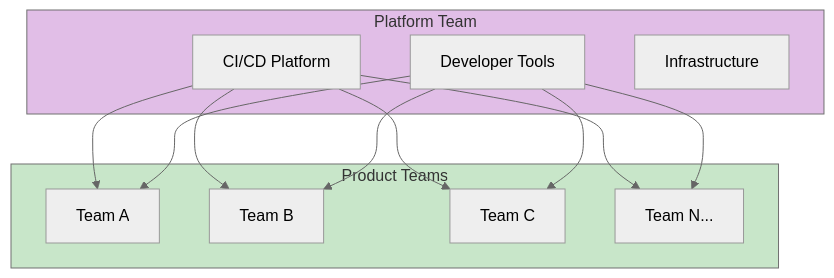
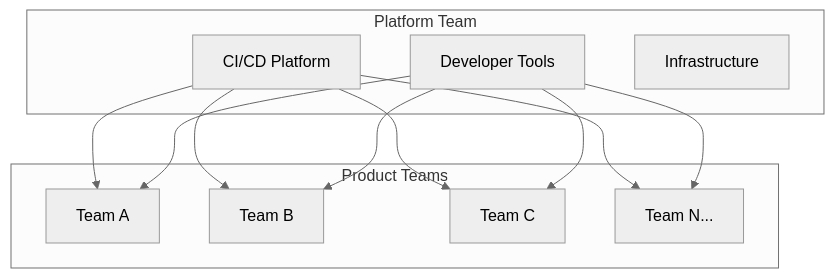
One commit to shivam-g-mishra/blog changed the first of 2 diagrams in docs/cicd/enterprise-cicd.md. Above: the diagram before and after it, drawn with Mermaid. The commit also changed other lines of this file and 23 other files, not shown here.

First line of the commit message:
fix: improve Mermaid diagram visibility in dark mode

````diff
--- a/docs/cicd/enterprise-cicd.md
+++ b/docs/cicd/enterprise-cicd.md
@@ -62,29 +62,26 @@
 ```mermaid
 %%{init: {'theme': 'neutral'}}%%
 flowchart TB
     subgraph platform["Platform Team"]
         P1[CI/CD Platform]
         P2[Developer Tools]
         P3[Infrastructure]
     end
     
     subgraph teams["Product Teams"]
         T1[Team A]
         T2[Team B]
         T3[Team C]
         T4[Team N...]
     end
     
     P1 --> T1
     P1 --> T2
     P1 --> T3
     P1 --> T4
     
     P2 --> T1
     P2 --> T2
     P2 --> T3
     P2 --> T4
-    
-    style platform fill:#e1bee7
-    style teams fill:#c8e6c9
 ```
````
